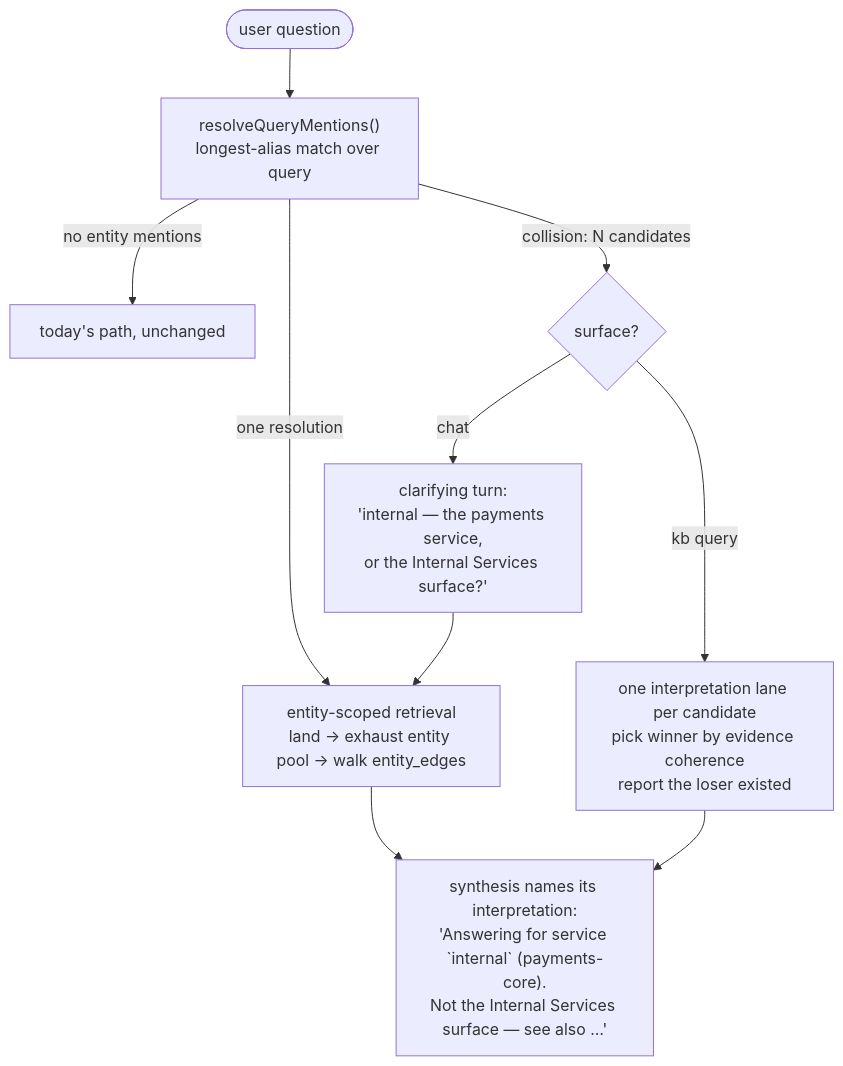
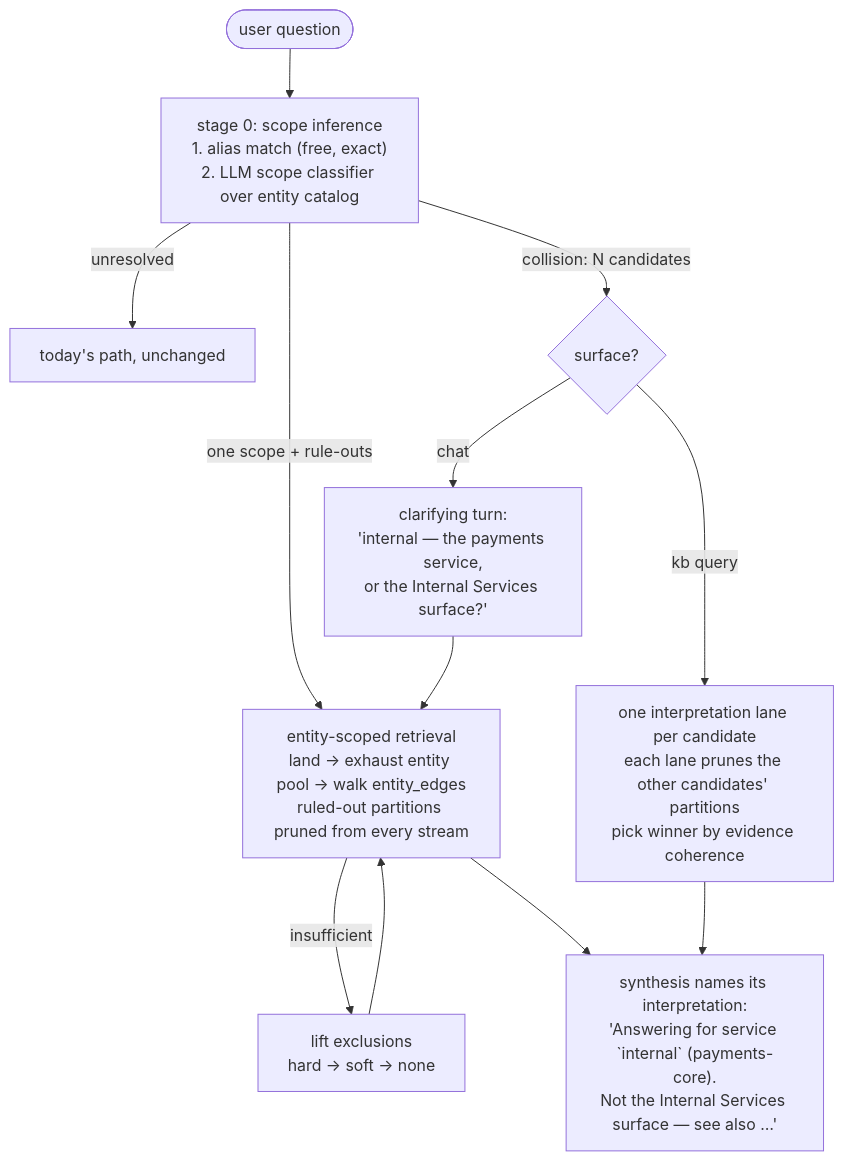
One commit to rosenjcb/kb changed the third of 3 diagrams in NOMENCLATURE_INDEX_PLAN.md. Above: the diagram before and after it, drawn with Mermaid. The commit also changed other lines of this file, not shown here.

First line of the commit message:
docs: make scope inference the first query step, with partition rule-out

````diff
--- a/NOMENCLATURE_INDEX_PLAN.md
+++ b/NOMENCLATURE_INDEX_PLAN.md
@@ -208,12 +249,13 @@
 ```mermaid
 flowchart TD
-  Q([user question]) --> ER["resolveQueryMentions()\nlongest-alias match over query"]
-  ER -->|no entity mentions| STD["today's path, unchanged"]
-  ER -->|one resolution| SCOPE["entity-scoped retrieval\nland → exhaust entity pool → walk entity_edges"]
-  ER -->|collision: N candidates| AMB{surface?}
+  Q([user question]) --> S0["stage 0: scope inference\n1. alias match (free, exact)\n2. LLM scope classifier over entity catalog"]
+  S0 -->|unresolved| STD["today's path, unchanged"]
+  S0 -->|one scope + rule-outs| SCOPE["entity-scoped retrieval\nland → exhaust entity pool → walk entity_edges\nruled-out partitions pruned from every stream"]
+  S0 -->|collision: N candidates| AMB{surface?}
   AMB -->|chat| ASK["clarifying turn:\n'internal — the payments service,\nor the Internal Services surface?'"]
-  AMB -->|kb query| LANES["one interpretation lane per candidate\npick winner by evidence coherence\nreport the loser existed"]
+  AMB -->|kb query| LANES["one interpretation lane per candidate\neach lane prunes the other candidates' partitions\npick winner by evidence coherence"]
+  SCOPE -->|insufficient| UNPRUNE["lift exclusions\nhard → soft → none"] --> SCOPE
   SCOPE --> SYN
   LANES --> SYN["synthesis names its interpretation:\n'Answering for service `internal` (payments-core).\nNot the Internal Services surface — see also …'"]
   ASK --> SCOPE
 ```
````
